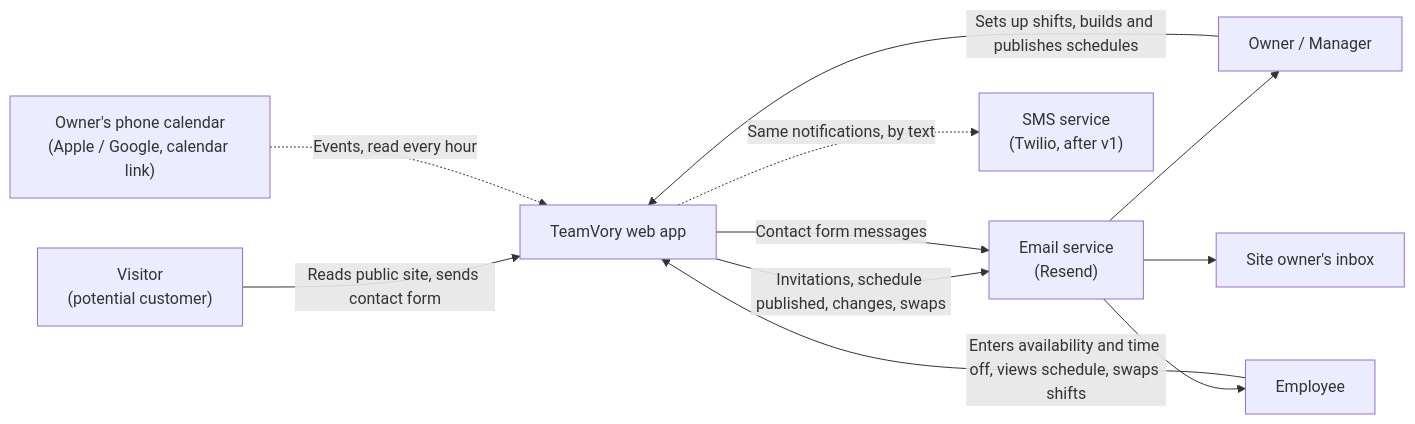
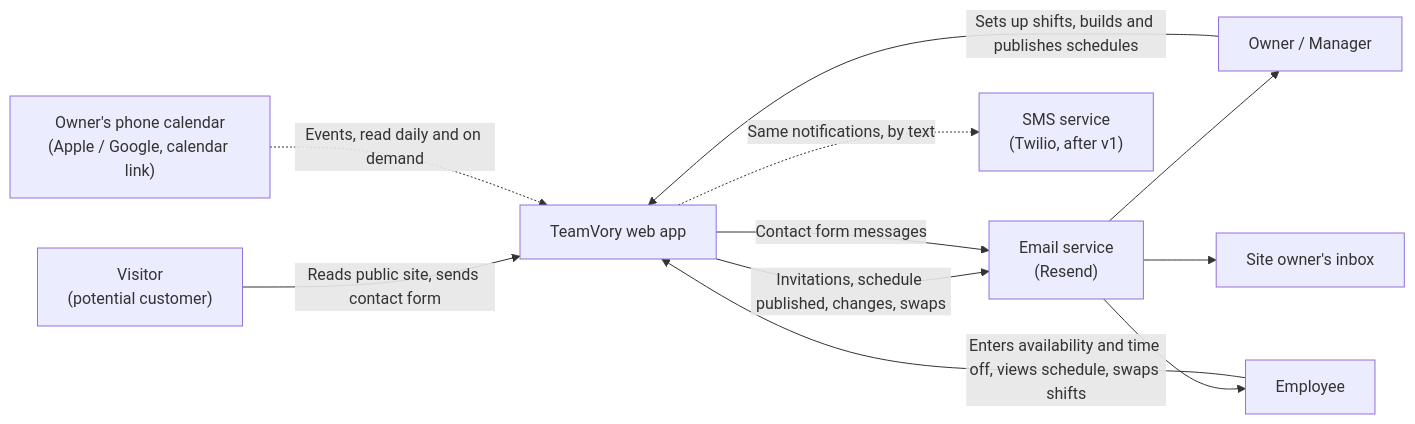
Before and after one commit to DebbieP20/teamvory: the first of 4 diagrams in docs/architecture.md, drawn with Mermaid. The commit also changed other lines of this file and 4 other files, not shown here.

````diff
--- a/docs/architecture.md
+++ b/docs/architecture.md
@@ -9,22 +9,22 @@
 ```mermaid
 flowchart LR
     V["Visitor<br/>(potential customer)"]
     O["Owner / Manager"]
     E["Employee"]
     TV["TeamVory web app"]
     EM["Email service<br/>(Resend)"]
     SMS["SMS service<br/>(Twilio, after v1)"]
     INBOX["Site owner's inbox"]
     CAL["Owner's phone calendar<br/>(Apple / Google, calendar link)"]
 
     V -->|Reads public site, sends contact form| TV
     O -->|Sets up shifts, builds and publishes schedules| TV
     E -->|Enters availability and time off, views schedule, swaps shifts| TV
     TV -->|Invitations, schedule published, changes, swaps| EM
     TV -.->|Same notifications, by text| SMS
     EM --> O
     EM --> E
     TV -->|Contact form messages| EM
     EM --> INBOX
-    CAL -.->|Events, read every hour| TV
+    CAL -.->|Events, read daily and on demand| TV
 ```
````
